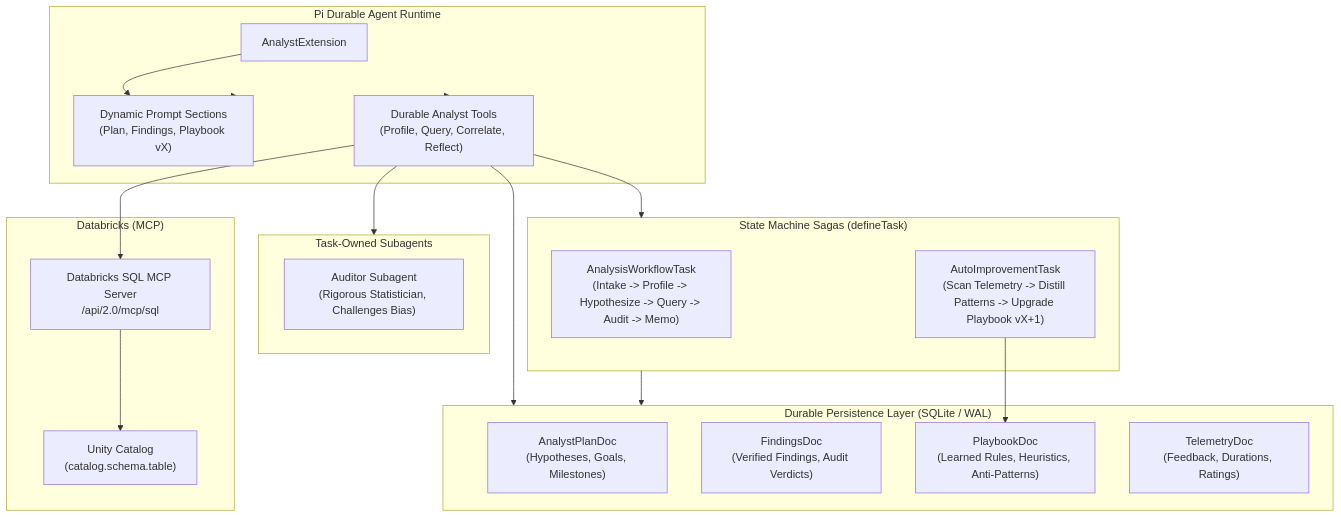
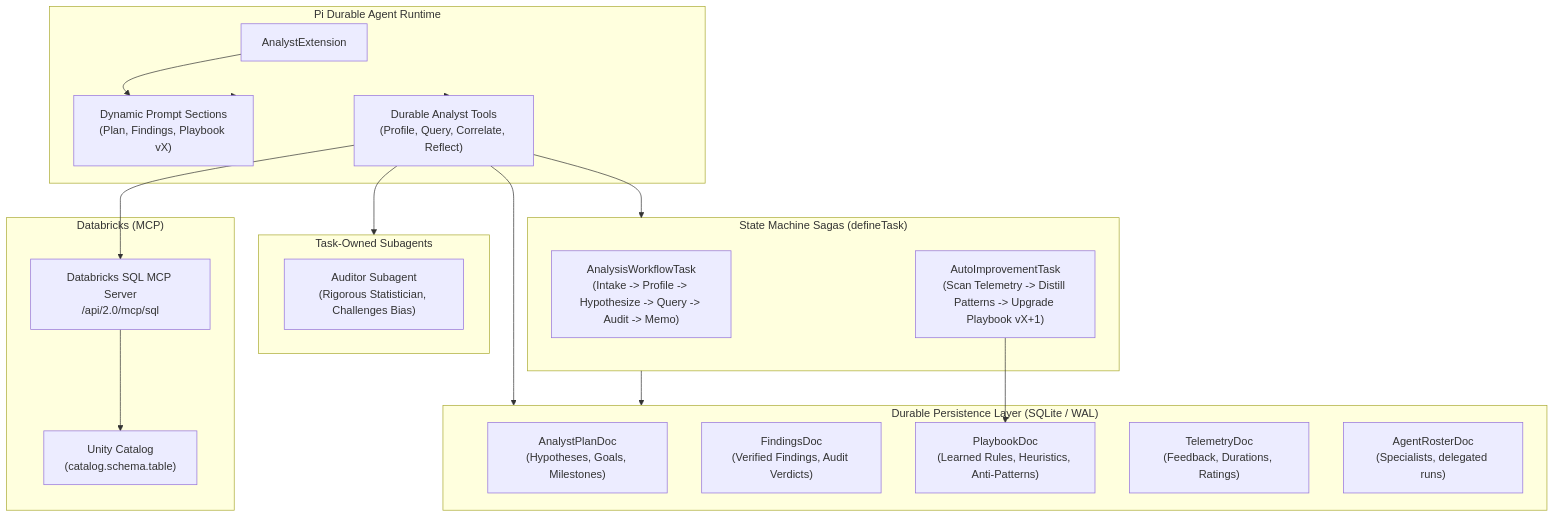
The diagram in README.md (matheusbuniotto/dataclaw), drawn with Mermaid before and after one commit. The commit also changed other lines of this file and 14 other files, not shown here.

````diff
--- a/README.md
+++ b/README.md
@@ -13,40 +13,41 @@
 ```mermaid
 flowchart TD
     subgraph Storage ["Durable Persistence Layer (SQLite / WAL)"]
         PlanDoc["AnalystPlanDoc\n(Hypotheses, Goals, Milestones)"]
         FindingsDoc["FindingsDoc\n(Verified Findings, Audit Verdicts)"]
         PlaybookDoc["PlaybookDoc\n(Learned Rules, Heuristics, Anti-Patterns)"]
         TelemetryDoc["TelemetryDoc\n(Feedback, Durations, Ratings)"]
+        RosterDoc["AgentRosterDoc\n(Specialists, delegated runs)"]
     end
 
     subgraph AgentLoop ["Pi Durable Agent Runtime"]
         Extension["AnalystExtension"]
         Sections["Dynamic Prompt Sections\n(Plan, Findings, Playbook vX)"]
         Tools["Durable Analyst Tools\n(Profile, Query, Correlate, Reflect)"]
     end
 
     subgraph Tasks ["State Machine Sagas (defineTask)"]
         AnalysisTask["AnalysisWorkflowTask\n(Intake -> Profile -> Hypothesize -> Query -> Audit -> Memo)"]
         ImproveTask["AutoImprovementTask\n(Scan Telemetry -> Distill Patterns -> Upgrade Playbook vX+1)"]
     end
 
     subgraph Subagents ["Task-Owned Subagents"]
         Auditor["Auditor Subagent\n(Rigorous Statistician, Challenges Bias)"]
     end
 
     subgraph Warehouse ["Databricks (MCP)"]
         MCP["Databricks SQL MCP Server\n/api/2.0/mcp/sql"]
         UC["Unity Catalog\n(catalog.schema.table)"]
     end
 
     Extension --> Sections
     Sections --> AgentLoop
     AgentLoop --> Tools
     Tools --> Storage
     Tools --> MCP
     MCP --> UC
     Tasks --> Storage
     Tools --> Tasks
     Tools --> Subagents
     ImproveTask --> PlaybookDoc
 ```
````
